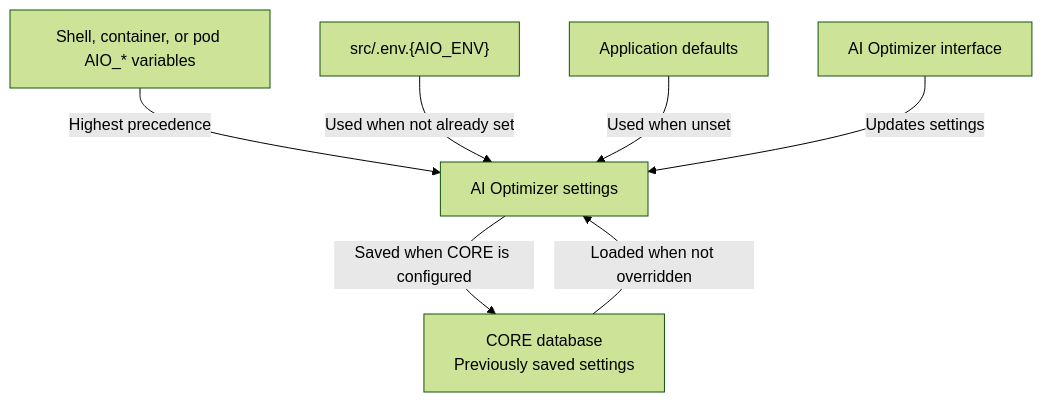
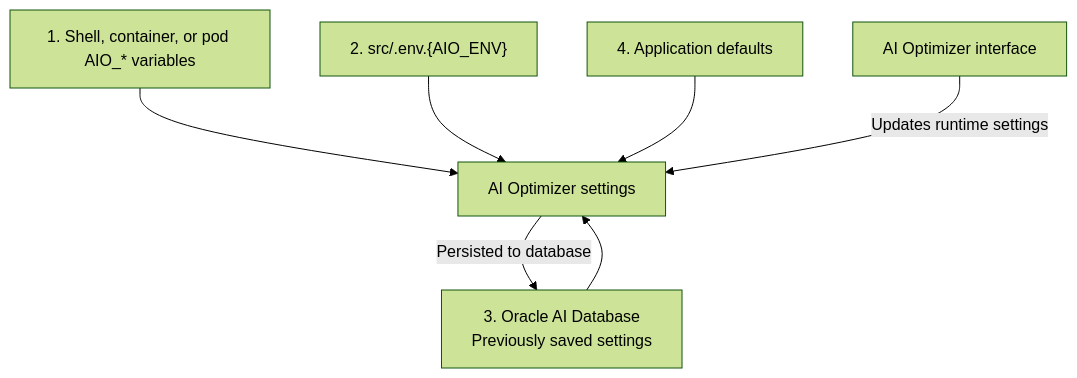
One commit to oracle/ai-optimizer changed the diagram in docs/content/guides/env-vars.mdx. Above: the diagram before and after it, drawn with Mermaid (forest theme). The commit also changed other lines of this file and 149 other files, not shown here.

````diff
--- a/docs/content/guides/env-vars.mdx
+++ b/docs/content/guides/env-vars.mdx
@@ -67,9 +67,9 @@
 ```mermaid
 flowchart TD
-    exported["Shell, container, or pod AIO_* variables"] -->|"Highest precedence"| settings["AI Optimizer settings"]
-    envfile["src/.env.{AIO_ENV}"] -->|"Used when not already set"| settings
-    persisted["CORE database<br/>Previously saved settings"] -->|"Loaded when not overridden"| settings
-    defaults["Application defaults"] -->|"Used when unset"| settings
-    interface["AI Optimizer interface"] -->|"Updates settings"| settings
-    settings -->|"Saved when CORE is configured"| persisted
+    exported["1. Shell, container, or pod AIO_* variables"] --> settings["AI Optimizer settings"]
+    envfile["2. src/.env.{AIO_ENV}"] --> settings
+    persisted["3. Oracle AI Database<br/>Previously saved settings"] --> settings
+    defaults["4. Application defaults"] --> settings
+    interface["AI Optimizer interface"] -->|"Updates runtime settings"| settings
+    settings -->|"Persisted to database"| persisted
 ```
````
